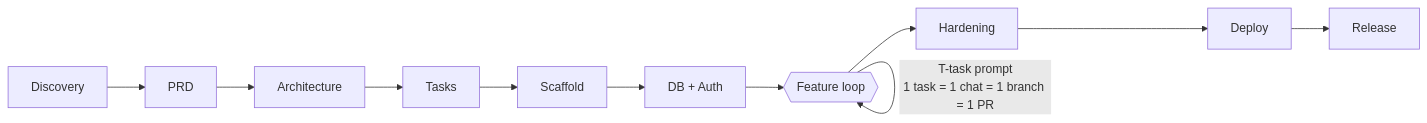
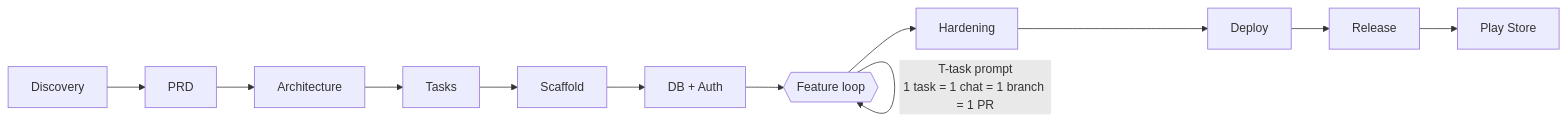
One commit to surajse/vibe-blueprint changed the diagram in README.md. Above: the diagram before and after it, drawn with Mermaid. The commit also changed other lines of this file and 41 other files, not shown here.

````diff
--- a/README.md
+++ b/README.md
@@ -34,8 +37,8 @@
 ```mermaid
 flowchart LR
     P0[Discovery] --> P1[PRD] --> P2[Architecture] --> P3[Tasks]
     P3 --> P4[Scaffold] --> P5[DB + Auth]
     P5 --> LOOP{{Feature loop}}
     LOOP --> |T-task prompt<br/>1 task = 1 chat = 1 branch = 1 PR| LOOP
-    LOOP --> P7[Hardening] --> P8[Deploy] --> P9[Release]
+    LOOP --> P7[Hardening] --> P8[Deploy] --> P9[Release] --> P10[Play Store]
 ```
````
